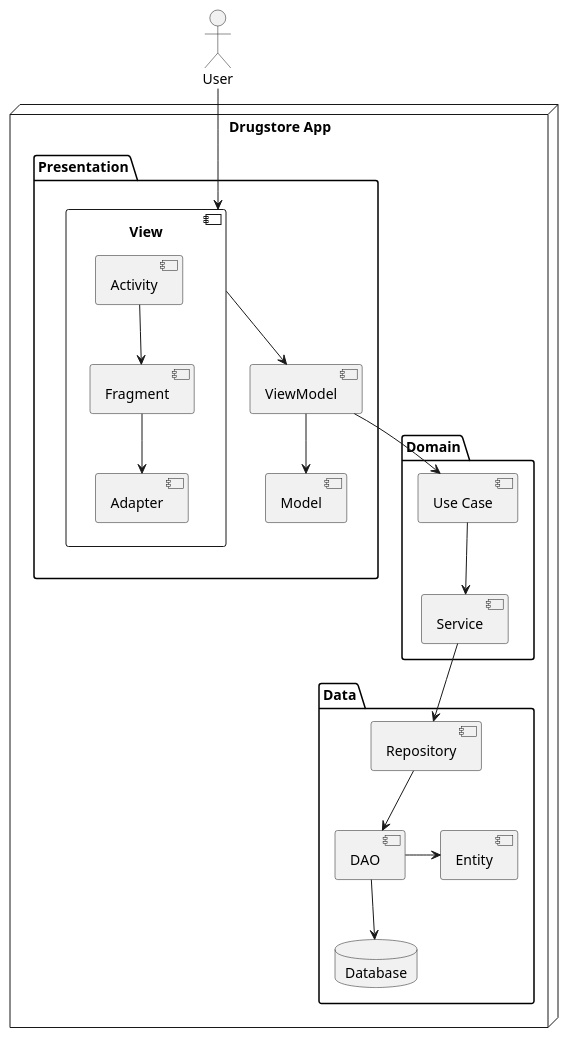
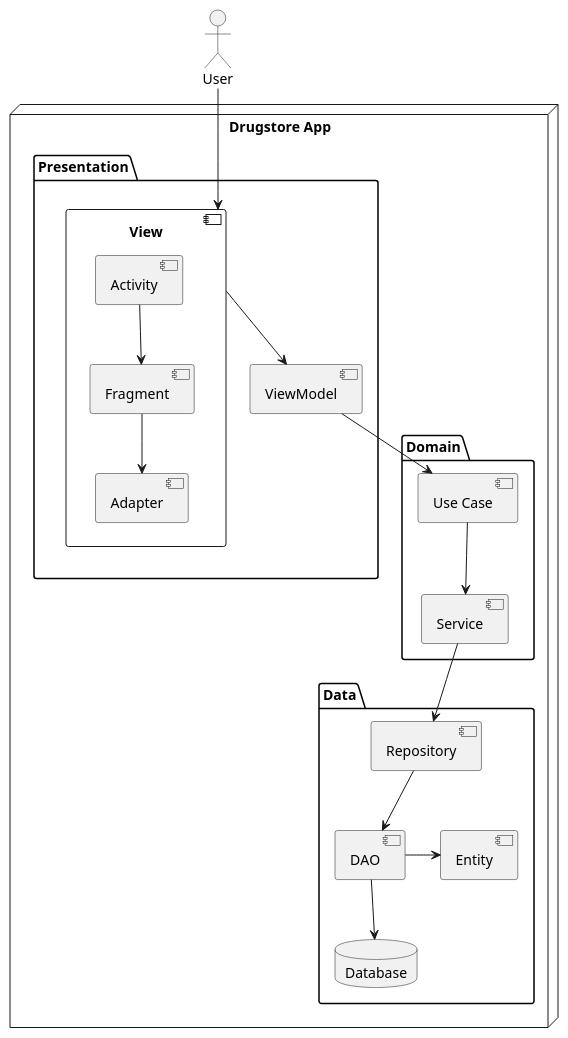
One commit to lucahost/drugstore changed the diagram in docs/building-blocks/building-blocks-2.plantuml. Above: the diagram before and after it, drawn with PlantUML. The commit also changed 1 other file, not shown here.

```diff
--- a/docs/building-blocks/building-blocks-2.plantuml
+++ b/docs/building-blocks/building-blocks-2.plantuml
@@ -1,41 +1,39 @@
 @startuml class-diagram
 
 actor "User" as user
 
 node "Drugstore App" {
     package Presentation {
       component View {
         component Activity
         component Fragment
         component Adapter
       }
       component ViewModel
-      component Model
       Activity -down-> Fragment
       Fragment  -down-> Adapter
       View  -down-> ViewModel
-      ViewModel -down-> Model
     }
 
     package Domain {
       component "Use Case" as uc
       component Service
       uc -down-> Service
     }
 
     package Data {
       component Repository
       component Entity
       component DAO
       database Database
       Repository --> DAO
       DAO -down-> Database
       DAO -right-> Entity
     }
 }
 
 user -down-> View
 ViewModel -down-> uc
 Service -down-> Repository
 
 @enduml
```
